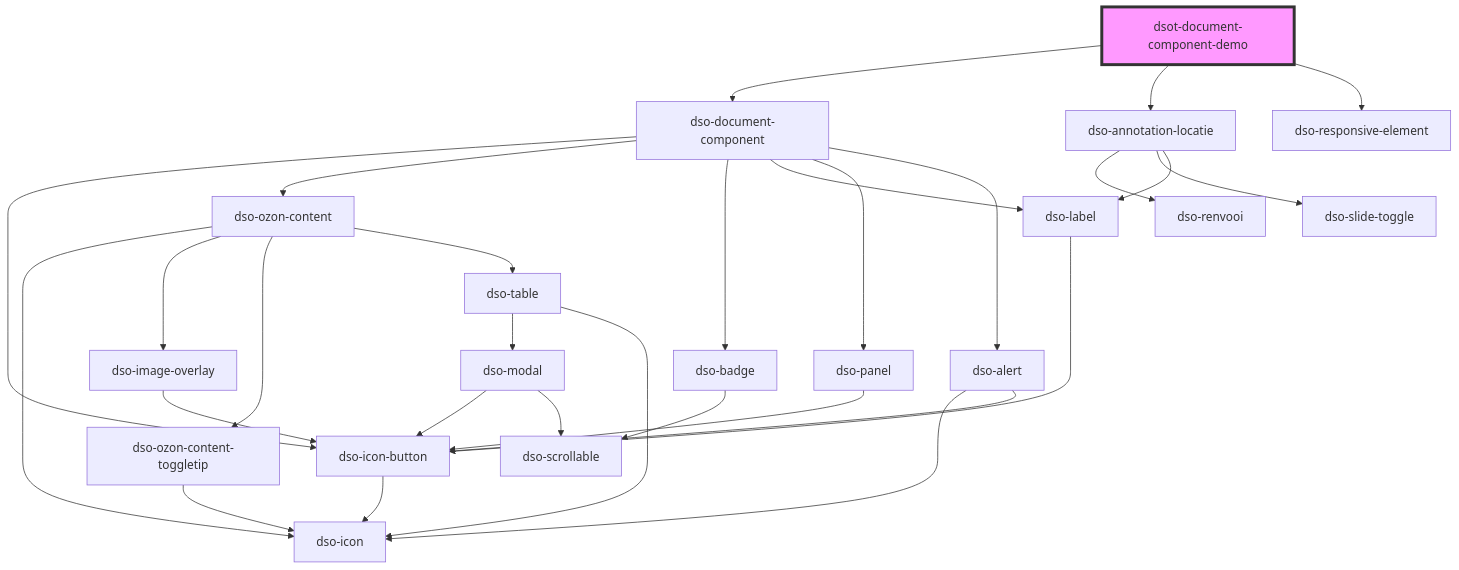
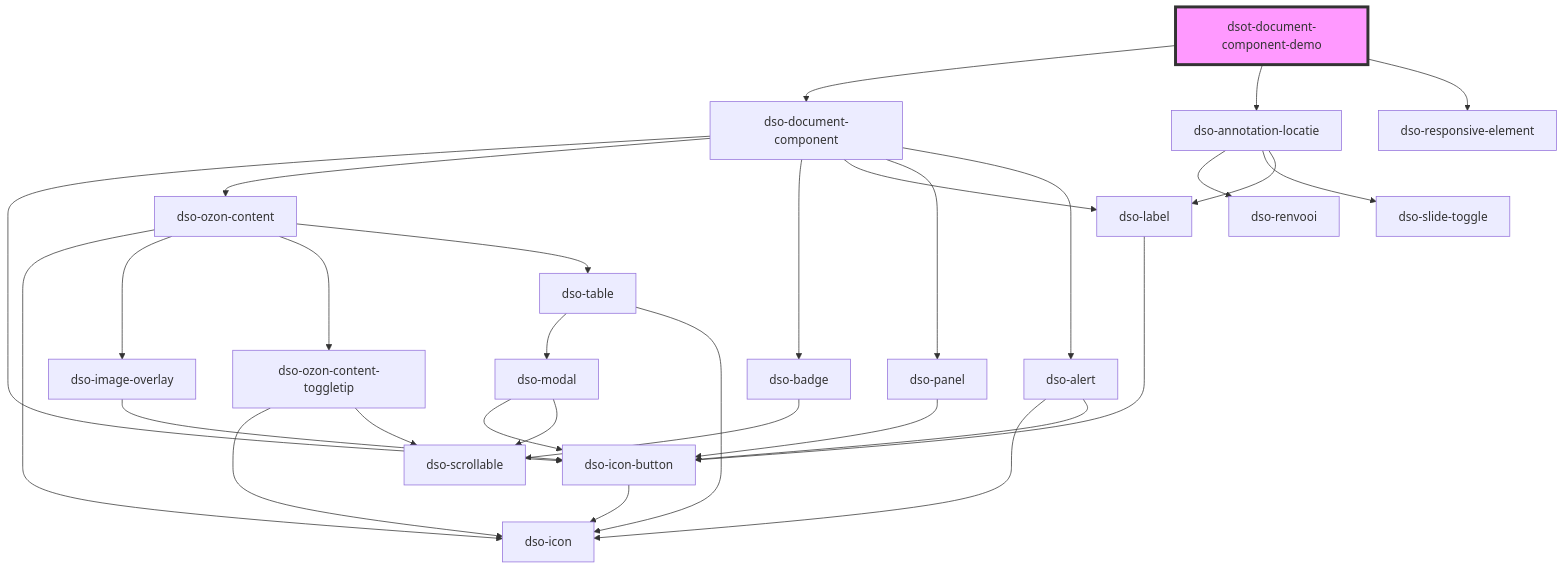
Before and after one commit to dso-toolkit/dso-toolkit: the diagram in packages/core/src/components/document-component-demo/readme.md, drawn with Mermaid. The commit also changed 7 other files, not shown here.

Commit message:
#3644 [Fixed] Ozon Content: Tip bij begrip met veel tekst valt deels buiten beeld

````diff
--- a/packages/core/src/components/document-component-demo/readme.md
+++ b/packages/core/src/components/document-component-demo/readme.md
@@ -38,32 +38,33 @@
 ```mermaid
 graph TD;
   dsot-document-component-demo --> dso-document-component
   dsot-document-component-demo --> dso-annotation-locatie
   dsot-document-component-demo --> dso-responsive-element
   dso-document-component --> dso-icon-button
   dso-document-component --> dso-ozon-content
   dso-document-component --> dso-badge
   dso-document-component --> dso-label
   dso-document-component --> dso-panel
   dso-document-component --> dso-alert
   dso-icon-button --> dso-icon
   dso-ozon-content --> dso-icon
   dso-ozon-content --> dso-image-overlay
   dso-ozon-content --> dso-ozon-content-toggletip
   dso-ozon-content --> dso-table
   dso-image-overlay --> dso-icon-button
   dso-ozon-content-toggletip --> dso-icon
+  dso-ozon-content-toggletip --> dso-scrollable
   dso-table --> dso-modal
   dso-table --> dso-icon
   dso-modal --> dso-icon-button
   dso-modal --> dso-scrollable
   dso-badge --> dso-scrollable
   dso-label --> dso-icon-button
   dso-panel --> dso-icon-button
   dso-alert --> dso-icon
   dso-alert --> dso-icon-button
   dso-annotation-locatie --> dso-renvooi
   dso-annotation-locatie --> dso-slide-toggle
   dso-annotation-locatie --> dso-label
   style dsot-document-component-demo fill:#f9f,stroke:#333,stroke-width:4px
 ```
````
